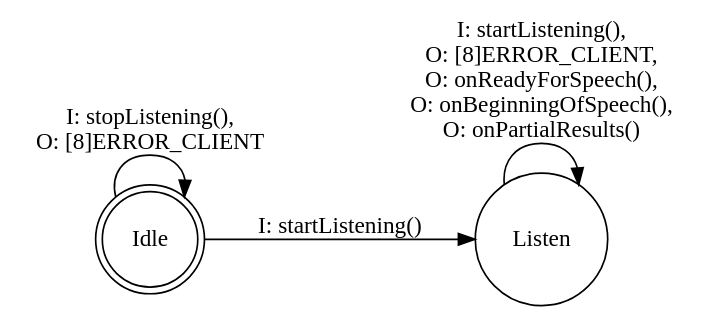
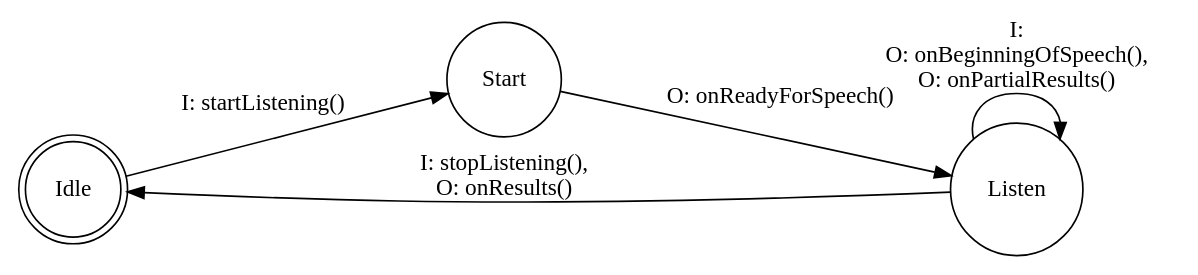
One commit to cuplv/droidstar changed the diagram in doc/reference-diagrams/SpeechRecognizer.gv. Above: the diagram before and after it, drawn with Graphviz.

Commit message:
improved SpeechRecognizer diagram

```diff
--- a/doc/reference-diagrams/SpeechRecognizer.gv
+++ b/doc/reference-diagrams/SpeechRecognizer.gv
@@ -1,9 +1,10 @@
 digraph F {
   rankdir=LR;
   node [shape = doublecircle]; Idle;
   node [shape = circle];
 
-  Idle -> Idle [ label="I: stopListening(),\nO: [8]ERROR_CLIENT" ];
-  Idle -> Listen [ label="I: startListening()" ];
-  Listen -> Listen [ label="I: startListening(),\nO: [8]ERROR_CLIENT,\nO: onReadyForSpeech(),\nO: onBeginningOfSpeech(),\nO: onPartialResults()" ]
+  Idle -> Start [ label="I: startListening()" ];
+  Start -> Listen [ label="O: onReadyForSpeech()" ];
+  Listen -> Listen [ label="I: \nO: onBeginningOfSpeech(),\nO: onPartialResults()" ];
+  Listen -> Idle [ label="I: stopListening(),\nO: onResults()" ];
 }
```
